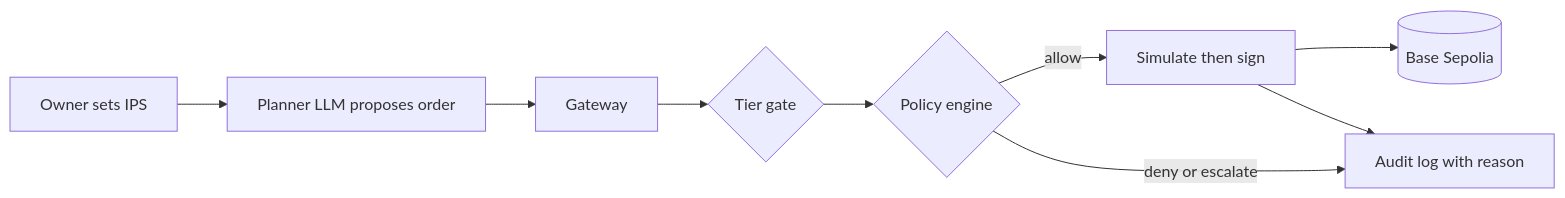
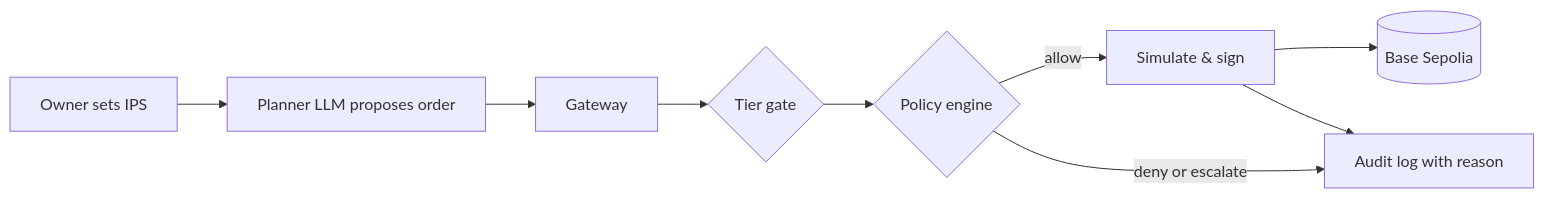
One commit to thaicuong576/agent-wallet changed the diagram in README.md. Above: the diagram before and after it, drawn with Mermaid. The commit also changed other lines of this file and 100 other files, not shown here.

````diff
--- a/README.md
+++ b/README.md
@@ -54,10 +8,10 @@
 ```mermaid
 flowchart LR
   U[Owner sets IPS] --> P[Planner LLM proposes order]
   P --> G[Gateway]
   G --> T{Tier gate}
   T --> E{Policy engine}
-  E -- allow --> S[Simulate then sign] --> C[(Base Sepolia)]
+  E -- allow --> S[Simulate & sign] --> C[(Base Sepolia)]
   E -- deny or escalate --> L[Audit log with reason]
   S --> L
 ```
````
